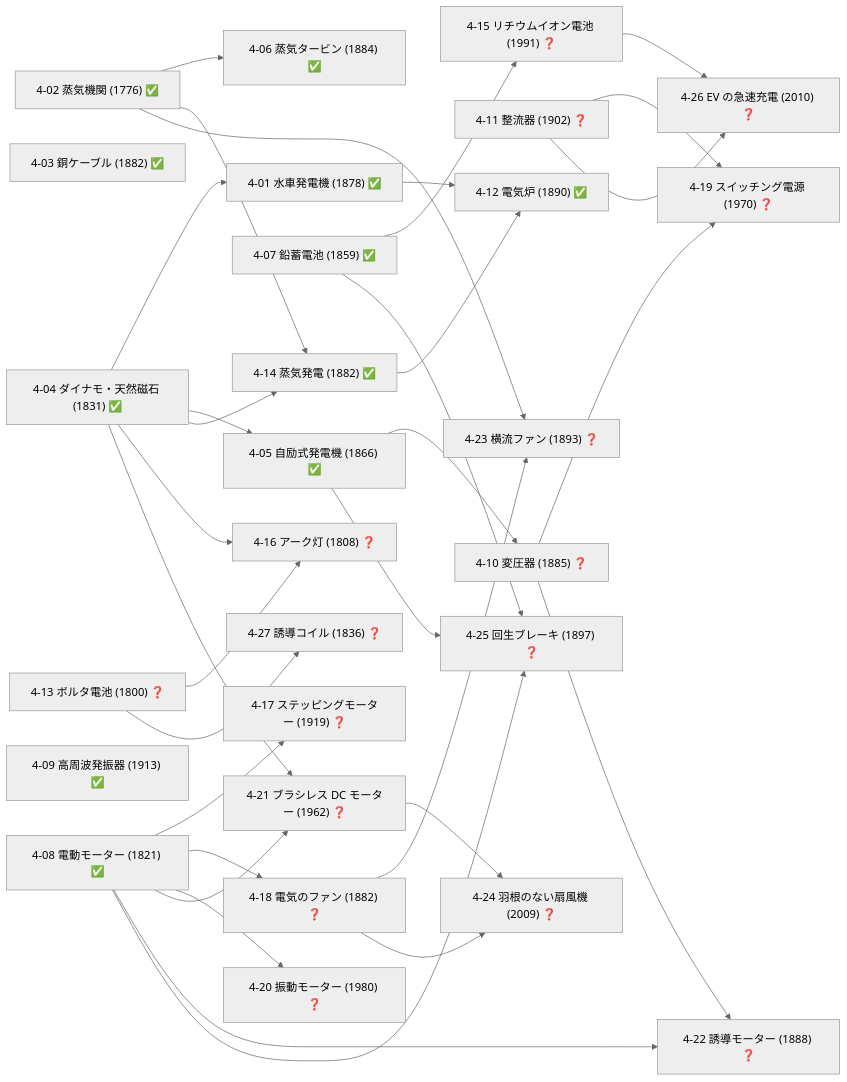
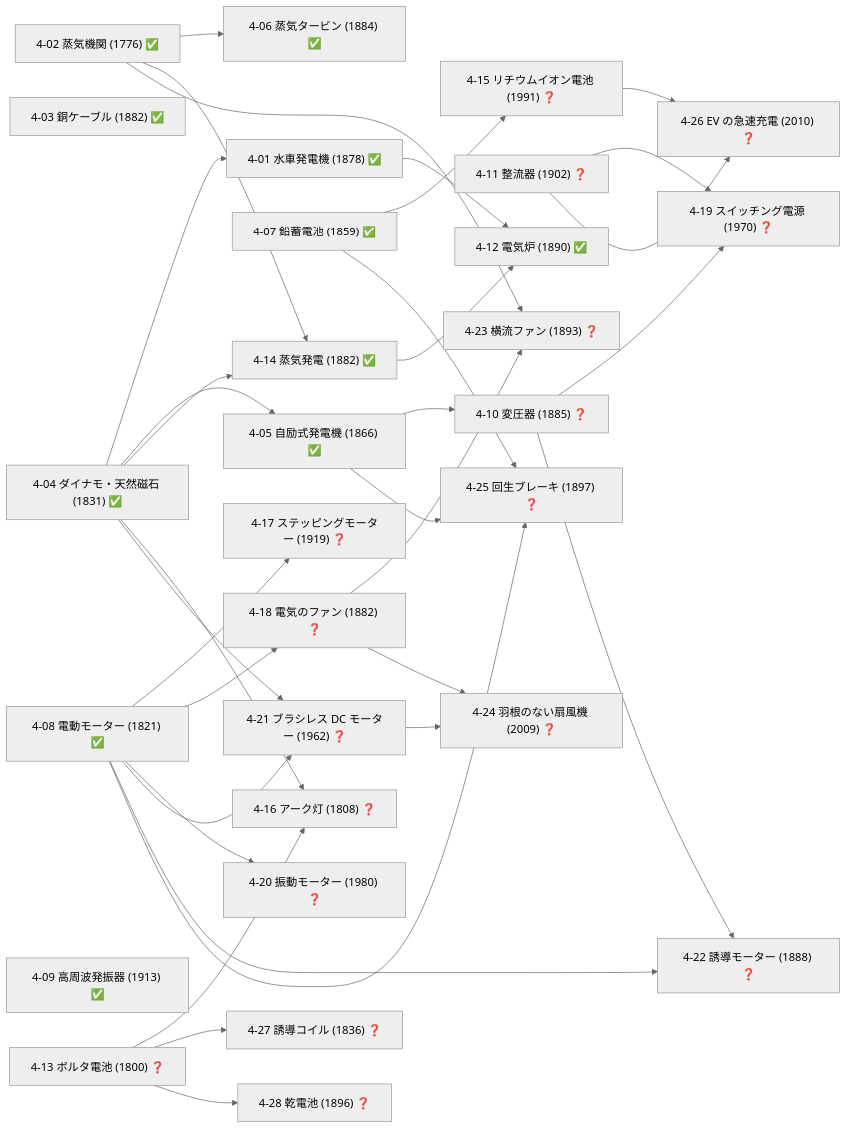
One commit to taku3i0317-collab/semiconductor-lab changed the seventh of 19 diagrams in docs/TECH_TREE_VIEW.md. Above: the diagram before and after it, drawn with Mermaid (neutral theme). The commit also changed other lines of this file and 8 other files, not shown here.

````diff
--- a/docs/TECH_TREE_VIEW.md
+++ b/docs/TECH_TREE_VIEW.md
@@ -364,60 +364,62 @@
 ```mermaid
 graph LR
   n4_01["4-01 水車発電機 (1878) ✅"]
   n4_02["4-02 蒸気機関 (1776) ✅"]
   n4_03["4-03 銅ケーブル (1882) ✅"]
   n4_04["4-04 ダイナモ・天然磁石 (1831) ✅"]
   n4_05["4-05 自励式発電機 (1866) ✅"]
   n4_06["4-06 蒸気タービン (1884) ✅"]
   n4_07["4-07 鉛蓄電池 (1859) ✅"]
   n4_08["4-08 電動モーター (1821) ✅"]
   n4_09["4-09 高周波発振器 (1913) ✅"]
   n4_10["4-10 変圧器 (1885) ❓"]
   n4_11["4-11 整流器 (1902) ❓"]
   n4_12["4-12 電気炉 (1890) ✅"]
   n4_13["4-13 ボルタ電池 (1800) ❓"]
   n4_14["4-14 蒸気発電 (1882) ✅"]
   n4_15["4-15 リチウムイオン電池 (1991) ❓"]
   n4_16["4-16 アーク灯 (1808) ❓"]
   n4_17["4-17 ステッピングモーター (1919) ❓"]
   n4_18["4-18 電気のファン (1882) ❓"]
   n4_19["4-19 スイッチング電源 (1970) ❓"]
   n4_20["4-20 振動モーター (1980) ❓"]
   n4_21["4-21 ブラシレス DC モーター (1962) ❓"]
   n4_22["4-22 誘導モーター (1888) ❓"]
   n4_23["4-23 横流ファン (1893) ❓"]
   n4_24["4-24 羽根のない扇風機 (2009) ❓"]
   n4_25["4-25 回生ブレーキ (1897) ❓"]
   n4_26["4-26 EV の急速充電 (2010) ❓"]
   n4_27["4-27 誘導コイル (1836) ❓"]
+  n4_28["4-28 乾電池 (1896) ❓"]
   n4_04-->n4_01
   n4_04-->n4_05
   n4_02-->n4_06
   n4_05-->n4_10
   n4_01-->n4_12
   n4_14-->n4_12
   n4_02-->n4_14
   n4_04-->n4_14
   n4_07-->n4_15
   n4_04-->n4_16
   n4_13-->n4_16
   n4_08-->n4_17
   n4_08-->n4_18
   n4_10-->n4_19
   n4_11-->n4_19
   n4_08-->n4_20
   n4_04-->n4_21
   n4_08-->n4_21
   n4_08-->n4_22
   n4_10-->n4_22
   n4_02-->n4_23
   n4_18-->n4_23
   n4_18-->n4_24
   n4_21-->n4_24
   n4_05-->n4_25
   n4_07-->n4_25
   n4_08-->n4_25
   n4_11-->n4_26
   n4_15-->n4_26
   n4_13-->n4_27
+  n4_13-->n4_28
 ```
````
